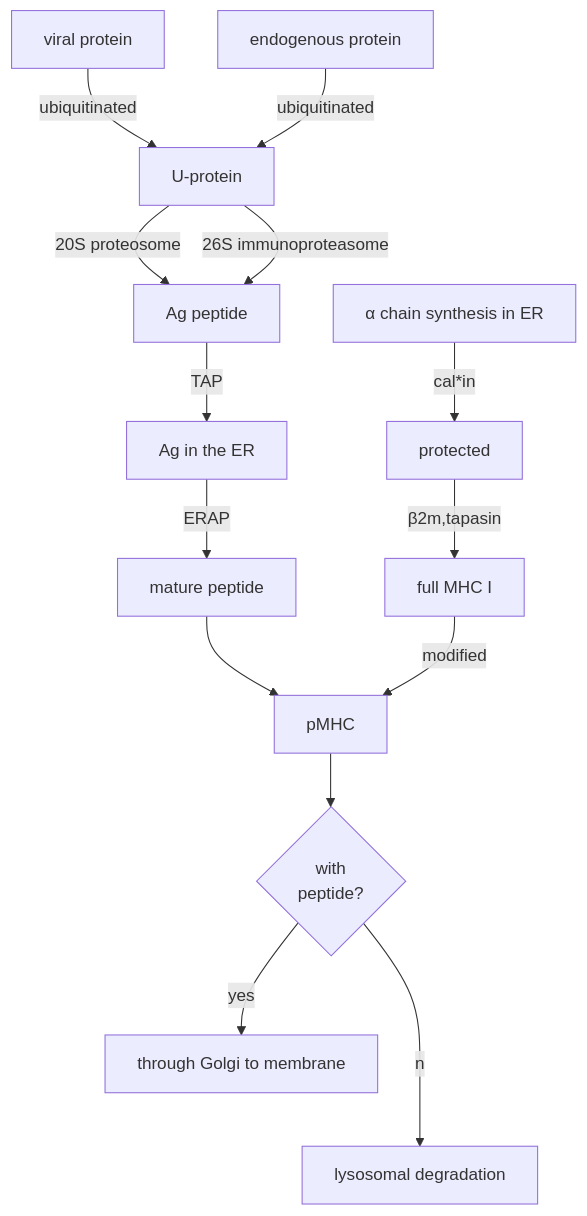
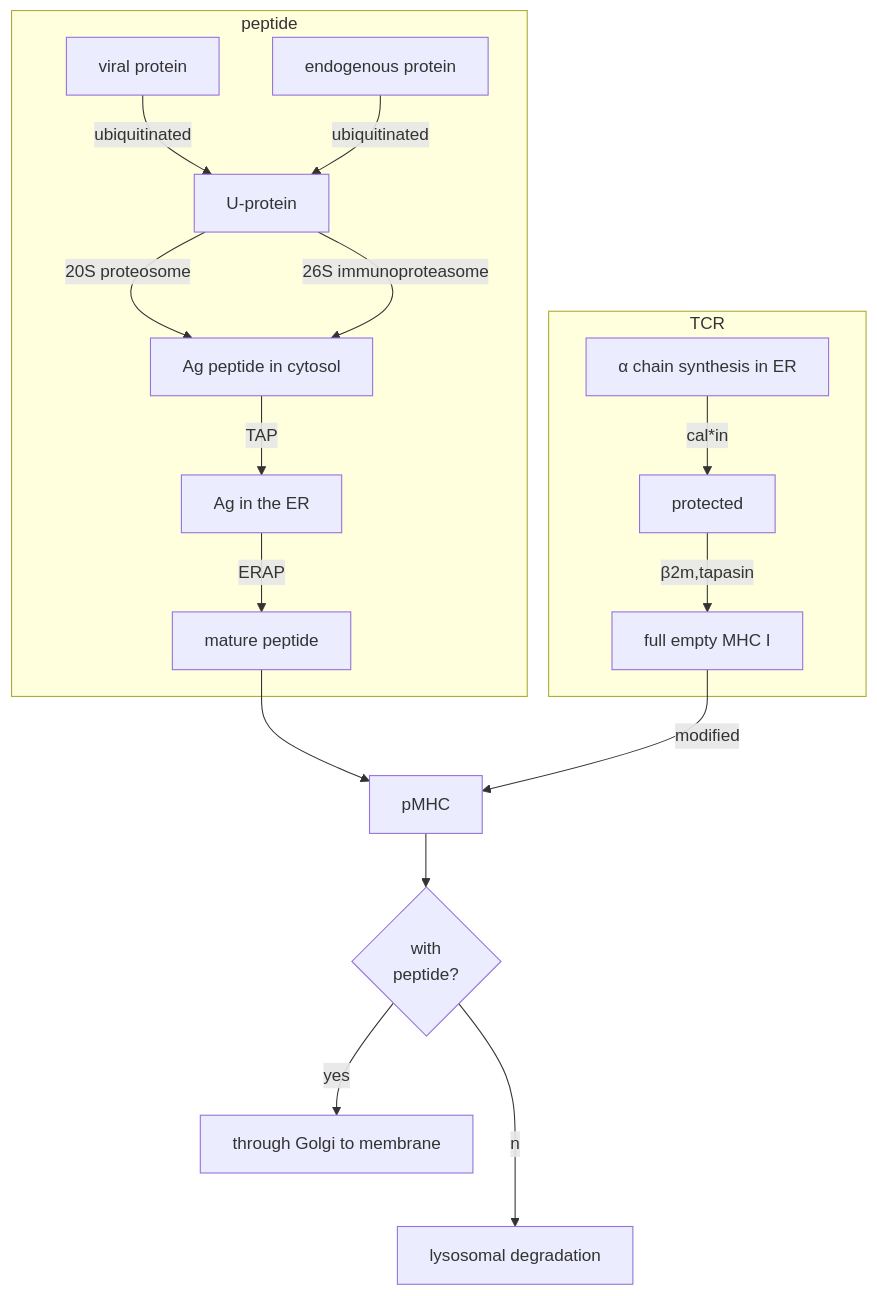
Before and after one commit to gxf1212/notes: the sixth of 6 diagrams in course/molecular-immunology/molecular-immunology.md, drawn with Mermaid. The commit also changed other lines of this file and 6 other files, not shown here.

````diff
--- a/course/molecular-immunology/molecular-immunology.md
+++ b/course/molecular-immunology/molecular-immunology.md
@@ -1622,11 +1633,17 @@
 ```mermaid
 graph TD
+subgraph peptide
 v[viral protein] --ubiquitinated--> U-protein
 e[endogenous protein] --ubiquitinated--> U-protein
-U-protein --20S proteosome--> ap[Ag peptide]
-U-protein --26S immunoproteasome--> ap --TAP--> er[Ag in the ER] --ERAP--> m[mature peptide] --> pMHC
-a[α chain synthesis in ER] --cal*in--> protected --β2m,tapasin--> f[full MHC I] --modified--> pMHC
+U-protein --20S proteosome--> ap[Ag peptide in cytosol]
+U-protein --26S immunoproteasome--> ap --TAP--> er[Ag in the ER] --ERAP--> m[mature peptide] 
+end
+m --> pMHC
+subgraph TCR
+a[α chain synthesis in ER] --cal*in--> protected --β2m,tapasin--> f[full empty MHC I]
+end
+f --modified--> pMHC
 pMHC --> w{with</br>peptide?}
 w --yes--> y[through Golgi to membrane]
 w --no--> l[lysosomal degradation]
 ```
````
